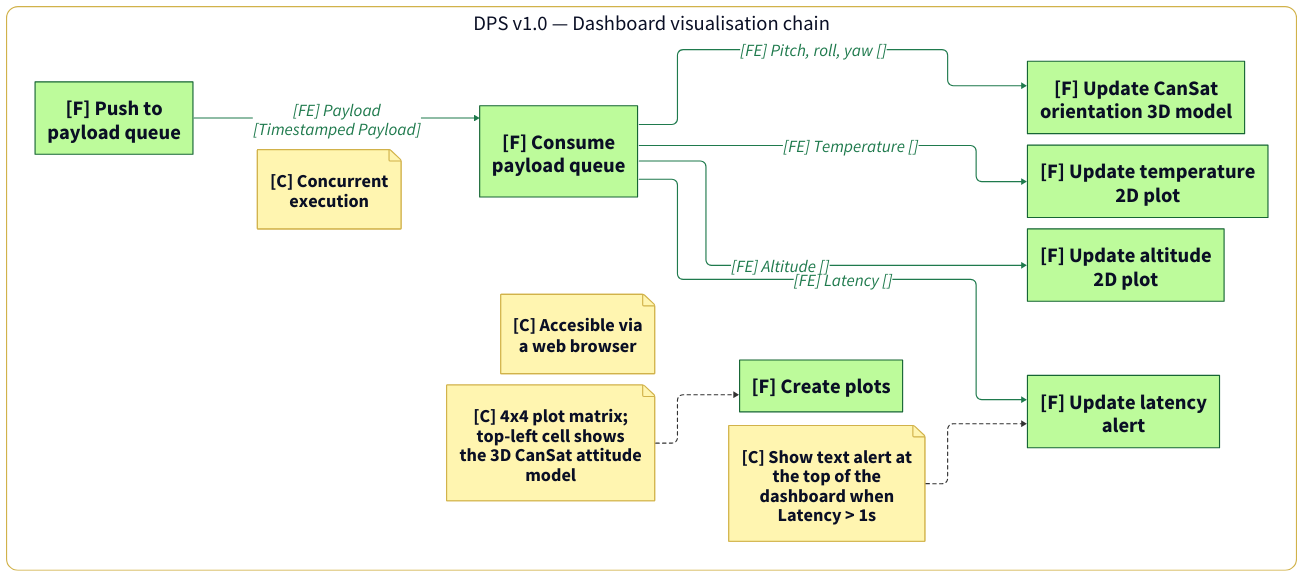
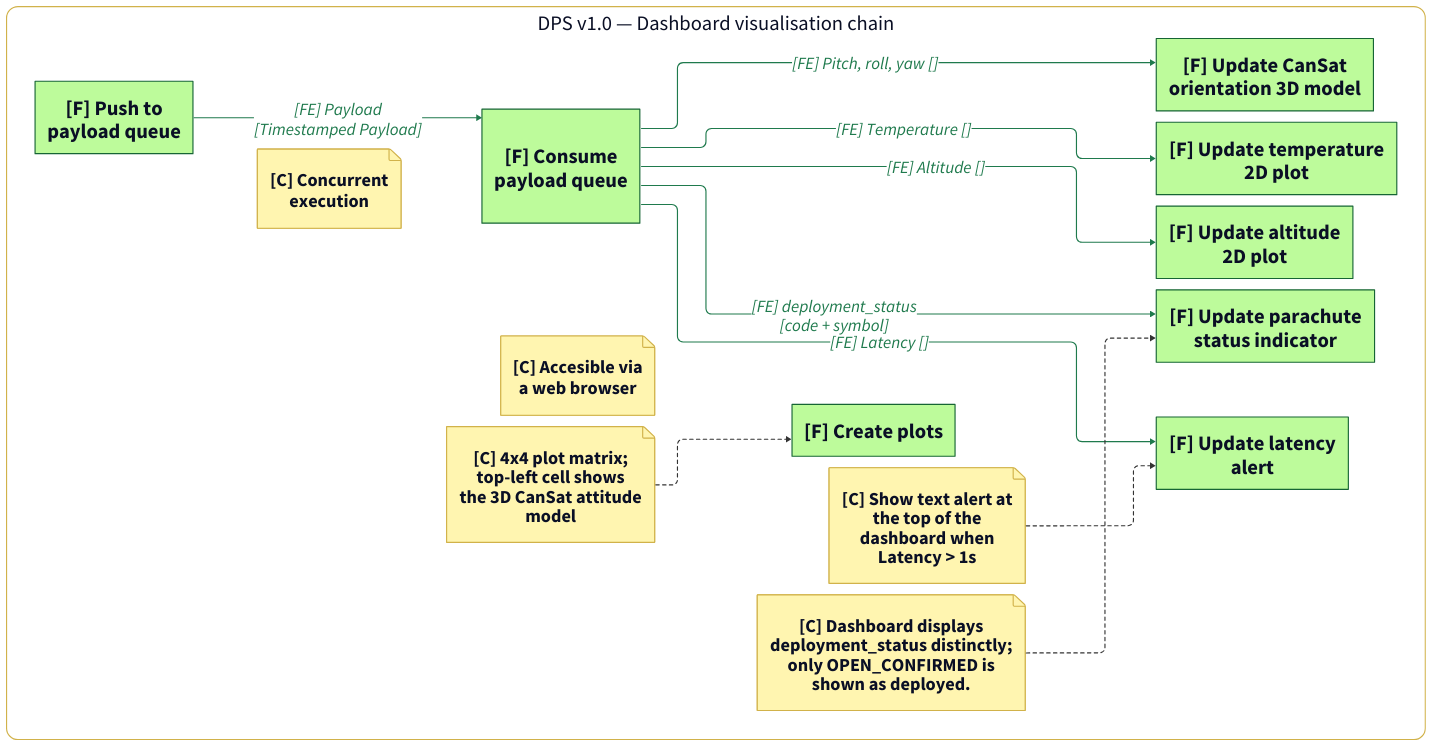
Before and after one commit to DeltaLabo/CanSatWorkshop: the diagram in DPS/MBSE/v1.0/DPS_v1.0_view8_dashboard_visualisation_chain.d2, drawn with D2. The commit also changed 114 other files, not shown here.

Commit message:
Add parachute deployment status telemetry signal

```diff
--- a/DPS/MBSE/v1.0/DPS_v1.0_view8_dashboard_visualisation_chain.d2
+++ b/DPS/MBSE/v1.0/DPS_v1.0_view8_dashboard_visualisation_chain.d2
@@ -1,92 +1,100 @@
 vars: {
   d2-config: {
     layout-engine: elk
   }
 }
 
 # Functional chain: payload distribution to dashboard plots and alerts
 direction: right
 
 classes: {
   func: {
     shape: rectangle
     style: { fill: "#BDFB9B"; stroke: "#166534"; stroke-width: 2; font-size: 36 }
   }
   lc: {
     style: {
       fill: "#A9C7E6"; stroke: "#5B65C9"; stroke-width: 2
       border-radius: 20; font-size: 40
     }
   }
   pc: {
     style: { fill: "#FFF8BF"; stroke: "#D1B24A"; stroke-width: 2; font-size: 40 }
   }
   sys: {
     style: { fill: "#E6E6E6"; stroke: "#9A9A9A"; stroke-width: 2; font-size: 48 }
   }
   ea: {
     shape: rectangle
     style: {
       fill: "#BFEAF4"; stroke: "#5B65C9"; stroke-width: 2
       border-radius: 20; font-size: 40
     }
   }
   note: { style: { fill: "#FFF5B0"; stroke: "#D1B24A"; font-size: 32 } }
   chain: {
     style: {
       fill: "#FFFFFF"; stroke: "#D1B24A"; stroke-width: 2
       border-radius: 20; font-size: 36
     }
   }
   fe:   { style: { stroke: "#1F7A4D"; font-color: "#1F7A4D"; stroke-width: 2; font-size: 30 } }
   ce:   { style: { stroke: "#5B65C9"; font-color: "#5B65C9"; stroke-width: 2; font-size: 30 } }
   pl:   { style: { stroke: "#E11D28"; font-color: "#E11D28"; stroke-width: 2; font-size: 30 } }
   cstr: { style: { stroke: "#333333"; stroke-dash: 3; font-size: 26 } }
 }
 
 chain: "DPS v1.0 — Dashboard visualisation chain" {
   class: chain
   direction: right
 
   push_to_payload_queue: "[F] Push to\npayload queue" { class: func }
   dashboard_consume_payload_queue: "[F] Consume\npayload queue" { class: func }
   create_plots: "[F] Create plots" { class: func }
   update_orientation_3d_plot: "[F] Update CanSat\norientation 3D model" { class: func }
   update_temperature_2d_plot: "[F] Update temperature\n2D plot" { class: func }
   update_altitude_2d_plot: "[F] Update altitude\n2D plot" { class: func }
+  update_deployment_status_indicator: "[F] Update parachute\nstatus indicator" { class: func }
   update_latency_alert: "[F] Update latency\nalert" { class: func }
 
   note_concurrent: "[C] Concurrent\nexecution" {
     class: note
     shape: page
   }
 
   note_browser: "[C] Accesible via\na web browser" {
     class: note
     shape: page
   }
 
   note_plots: "[C] 4x4 plot matrix;\ntop-left cell shows\nthe 3D CanSat attitude\nmodel" {
     class: note
     shape: page
   }
 
   note_alert: "[C] Show text alert at\nthe top of the\ndashboard when\nLatency > 1s" {
     class: note
     shape: page
   }
+
+  note_deployment_status: "[C] Dashboard displays\ndeployment_status distinctly;\nonly OPEN_CONFIRMED is\nshown as deployed." {
+    class: note
+    shape: page
+  }
 }
 
 chain.push_to_payload_queue -> chain.dashboard_consume_payload_queue: "[FE] Payload\n[Timestamped Payload]" { class: fe }
 chain.dashboard_consume_payload_queue -> chain.update_orientation_3d_plot: "[FE] Pitch, roll, yaw []" { class: fe }
 chain.dashboard_consume_payload_queue -> chain.update_temperature_2d_plot: "[FE] Temperature []" { class: fe }
 chain.dashboard_consume_payload_queue -> chain.update_altitude_2d_plot: "[FE] Altitude []" { class: fe }
+chain.dashboard_consume_payload_queue -> chain.update_deployment_status_indicator: "[FE] deployment_status\n[code + symbol]" { class: fe }
 chain.dashboard_consume_payload_queue -> chain.update_latency_alert: "[FE] Latency []" { class: fe }
 
 chain.note_plots -> chain.create_plots { class: cstr }
 chain.note_alert -> chain.update_latency_alert { class: cstr }
+chain.note_deployment_status -> chain.update_deployment_status_indicator { class: cstr }
 
 # Chain-wide UI notes and a layout edge that keeps Create plots beside the updates.
 chain.note_concurrent -> chain.dashboard_consume_payload_queue { style: { opacity: 0 } }
 chain.note_browser -> chain.create_plots { style: { opacity: 0 } }
 chain.create_plots -> chain.update_orientation_3d_plot { style: { opacity: 0 } }
```
